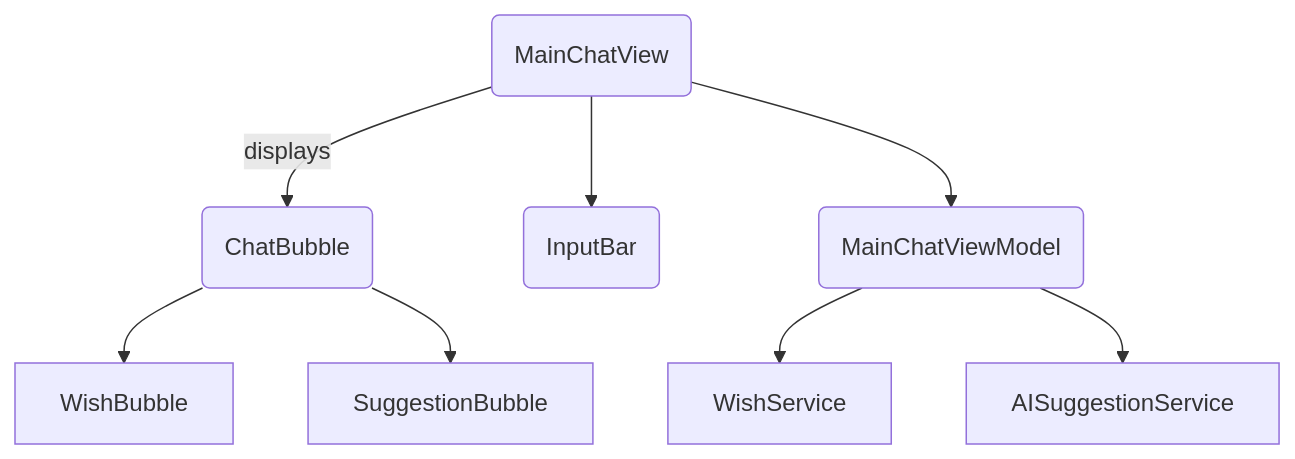
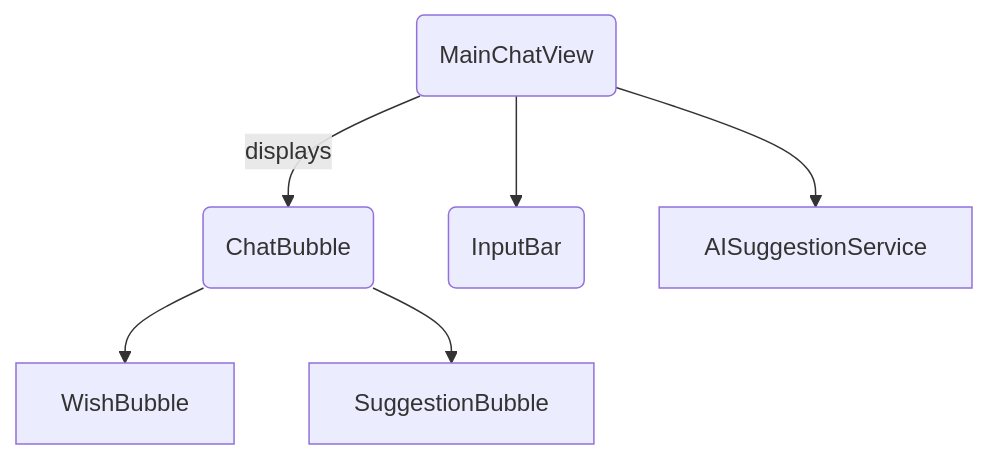
Before and after one commit to muhiro12/Wishle: the diagram in Docs/UI/main-chat-flow.md, drawn with Mermaid. The commit also changed other lines of this file and 13 other files, not shown here.

````diff
--- a/Docs/UI/main-chat-flow.md
+++ b/Docs/UI/main-chat-flow.md
@@ -5,10 +5,8 @@
 ```mermaid
 flowchart TD
     MC(MainChatView) -->|displays| B(ChatBubble)
     B --> W[WishBubble]
     B --> S[SuggestionBubble]
     MC --> I(InputBar)
-    MC --> VM(MainChatViewModel)
-    VM --> WS[WishService]
-    VM --> AS[AISuggestionService]
+    MC --> AS[AISuggestionService]
 ```
````
